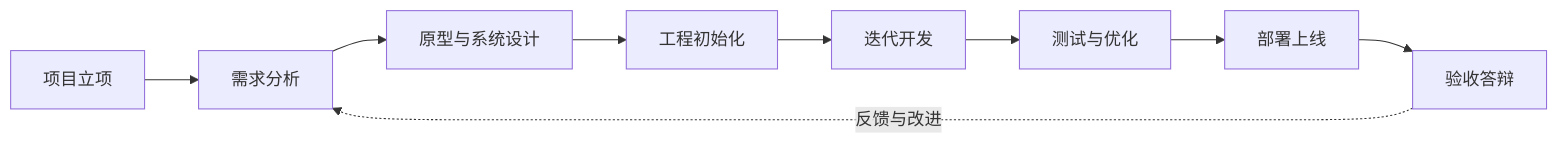
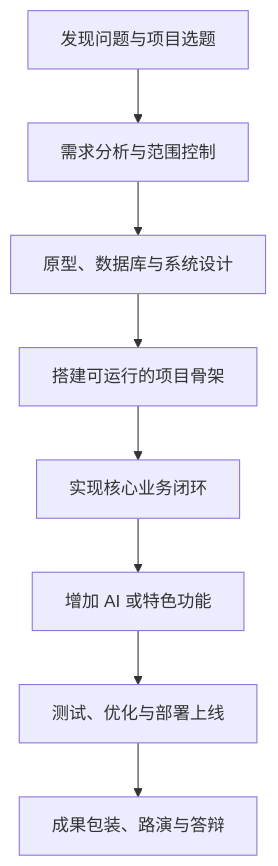
Before and after one commit to dedeguo/software-project-training-docs: the diagram in docs/guide/roadmap.md, drawn with Mermaid. The commit also changed other lines of this file and 2 other files, not shown here.

Commit message:
docs: align project roadmap with course homepage

```diff
--- a/docs/guide/roadmap.md
+++ b/docs/guide/roadmap.md
@@ -7,11 +7,10 @@
 ~~~mermaid
-flowchart LR
-    A[项目立项] --> B[需求分析]
-    B --> C[原型与系统设计]
-    C --> D[工程初始化]
-    D --> E[迭代开发]
-    E --> F[测试与优化]
-    F --> G[部署上线]
-    G --> H[验收答辩]
-    H -.反馈与改进.-> B
+flowchart TD
+    A["发现问题与项目选题"] --> B["需求分析与范围控制"]
+    B --> C["原型、数据库与系统设计"]
+    C --> D["搭建可运行的项目骨架"]
+    D --> E["实现核心业务闭环"]
+    E --> F["增加 AI 或特色功能"]
+    F --> G["测试、优化与部署上线"]
+    G --> H["成果包装、路演与答辩"]
 ~~~
```
